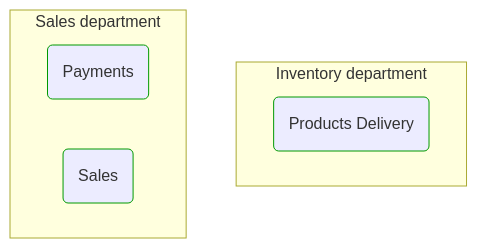
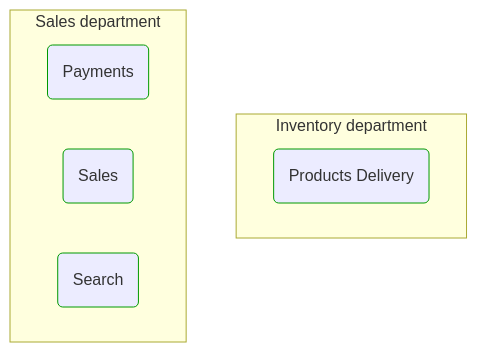
Before and after one commit to itlibrium/DDD-starter-dotnet: the second of 3 diagrams in Docs/P3/MermaidOutput/Domain/Concepts/DomainModuleOwners.md, drawn with Mermaid. The commit also changed other lines of this file and 10 other files, not shown here.

````diff
--- a/Docs/P3/MermaidOutput/Domain/Concepts/DomainModuleOwners.md
+++ b/Docs/P3/MermaidOutput/Domain/Concepts/DomainModuleOwners.md
@@ -33,16 +35,18 @@
 ```mermaid
   flowchart TB
     subgraph 0["Sales department"]
       1(Payments)
       class 1 DomainPerspective
       2(Sales)
       class 2 DomainPerspective
+      3(Search)
+      class 3 DomainPerspective
     end
-    subgraph 3["Inventory department"]
-      4(Products Delivery)
-      class 4 DomainPerspective
+    subgraph 4["Inventory department"]
+      5(Products Delivery)
+      class 5 DomainPerspective
     end
     classDef DomainPerspective stroke:#009900
     classDef TechnologyPerspective stroke:#1F41EB
     classDef PeoplePerspective stroke:#FFF014
 ```
````
